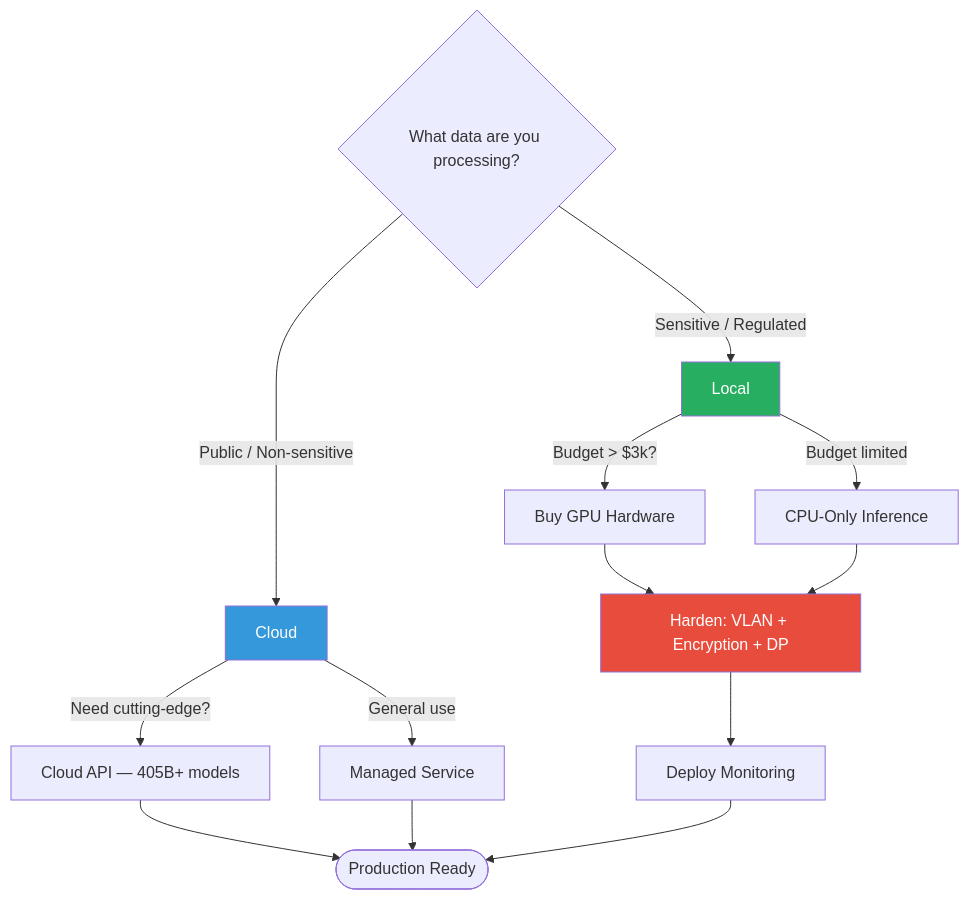
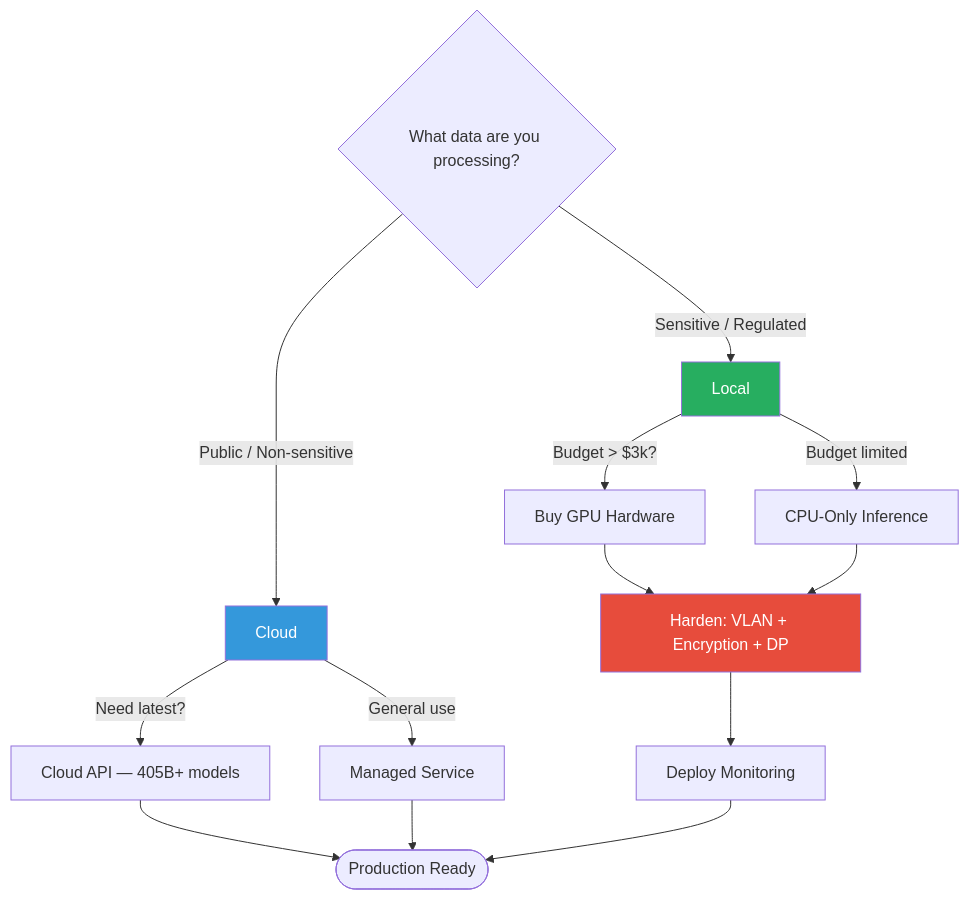
Before and after one commit to williamzujkowski/williamzujkowski.github.io: the fourth of 4 diagrams in src/posts/2025-10-29-privacy-first-ai-lab-local-llms.md, drawn with Mermaid. The commit also changed other lines of this file and 19 other files, not shown here.

````diff
--- a/src/posts/2025-10-29-privacy-first-ai-lab-local-llms.md
+++ b/src/posts/2025-10-29-privacy-first-ai-lab-local-llms.md
@@ -355,19 +355,19 @@
 ```mermaid
 flowchart TD
     Start{What data are you processing?} -->|Sensitive / Regulated| Local
     Start -->|Public / Non-sensitive| Cloud
     Local -->|Budget > $3k?| HW[Buy GPU Hardware]
     Local -->|Budget limited| CPU[CPU-Only Inference]
     HW --> Harden[Harden: VLAN + Encryption + DP]
     CPU --> Harden
-    Cloud -->|Need cutting-edge?| API[Cloud API — 405B+ models]
+    Cloud -->|Need latest?| API[Cloud API — 405B+ models]
     Cloud -->|General use| Managed[Managed Service]
     Harden --> Monitor[Deploy Monitoring]
     API --> Done([Production Ready])
     Managed --> Done
     Monitor --> Done
 
     style Local fill:#27ae60,color:#fff
     style Cloud fill:#3498db,color:#fff
     style Harden fill:#e74c3c,color:#fff
 ```
````
